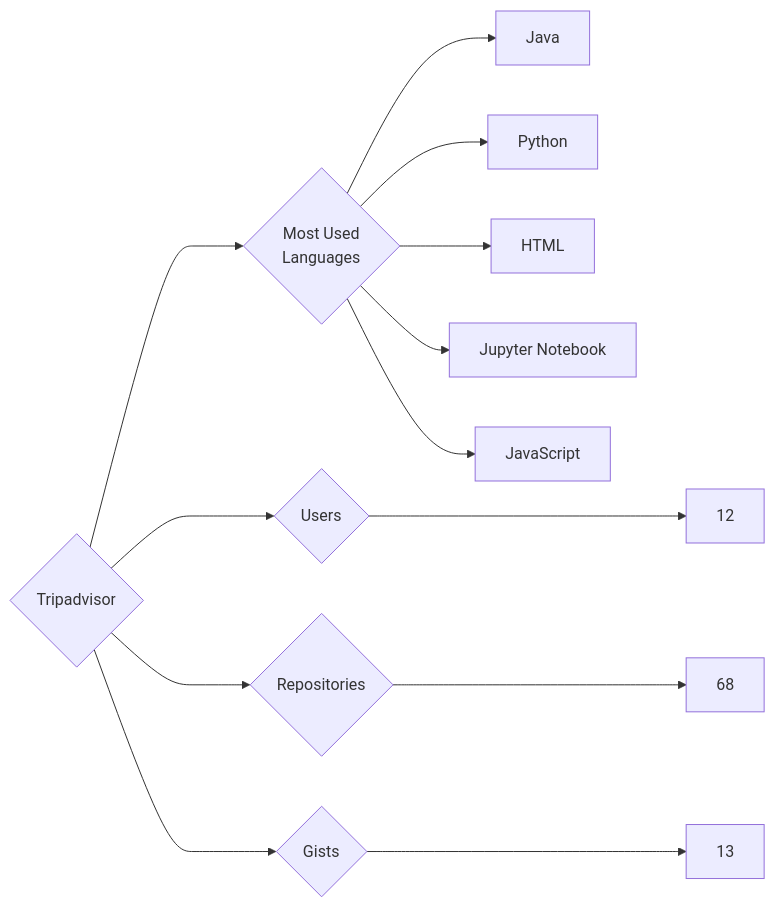
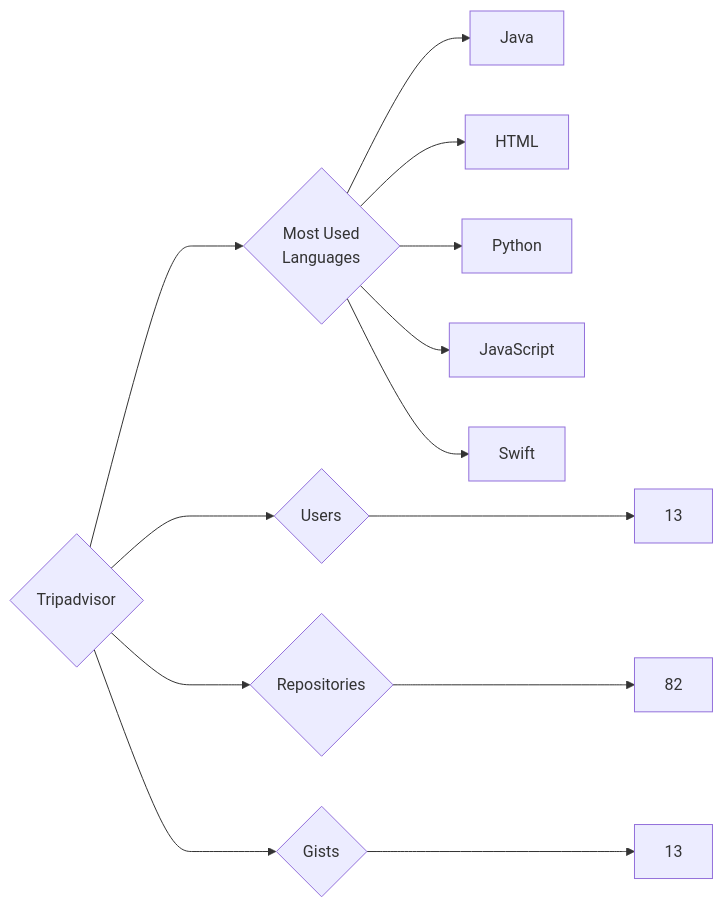
One commit to trickest/insiders changed the diagram in targets/Tripadvisor/README.md. Above: the diagram before and after it, drawn with Mermaid. The commit also changed 823 other files, not shown here.

````diff
--- a/targets/Tripadvisor/README.md
+++ b/targets/Tripadvisor/README.md
@@ -3,13 +3,13 @@
 ```mermaid
 graph LR
 COMPANY_NAME{Tripadvisor}
-COMPANY_NAME ---> U{Users} ---> UN[12]
-COMPANY_NAME ---> R{Repositories} ---> RN[68]
+COMPANY_NAME ---> U{Users} ---> UN[13]
+COMPANY_NAME ---> R{Repositories} ---> RN[82]
 COMPANY_NAME ---> G{Gists} ---> GN[13]
 COMPANY_NAME ---> ML{Most Used<br>Languages}
 ML --> Java[Java]
+ML --> HTML[HTML]
 ML --> Python[Python]
-ML --> HTML[HTML]
-ML --> Jupyter_Notebook[Jupyter Notebook]
 ML --> JavaScript[JavaScript]
+ML --> Swift[Swift]
 ```
````
